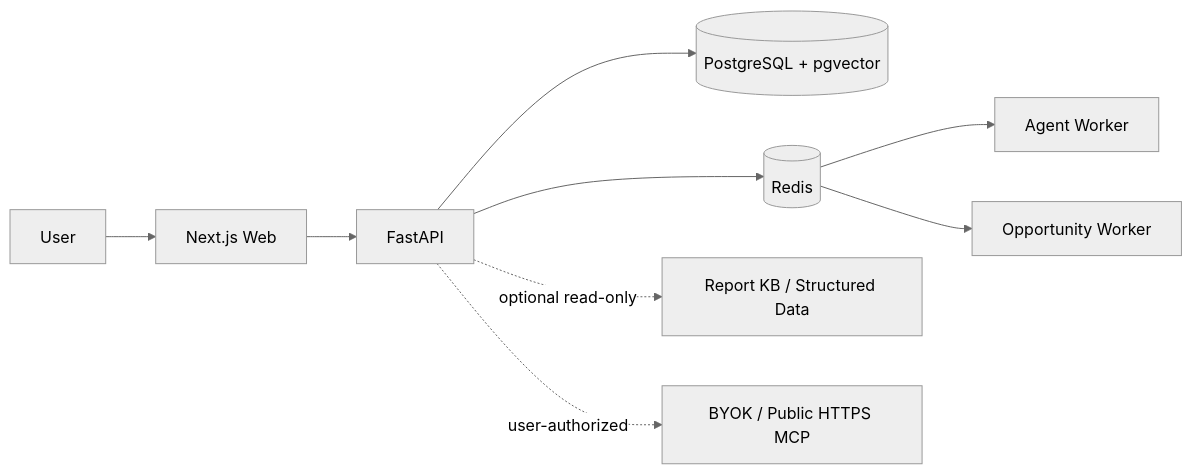
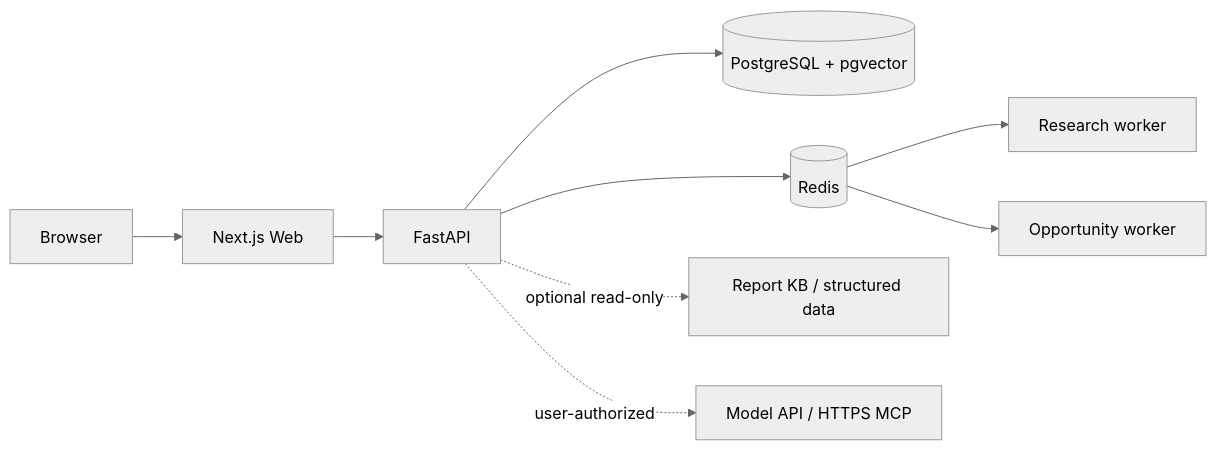
Before and after one commit to fretelli/AIWendy: the diagram in README.md, drawn with Mermaid (neutral theme). The commit also changed other lines of this file and 176 other files, not shown here.

````diff
--- a/README.md
+++ b/README.md
@@ -121,11 +28,11 @@
 ```mermaid
 flowchart LR
-  U[User] --> W[Next.js Web]
+  U[Browser] --> W[Next.js Web]
   W --> A[FastAPI]
   A --> P[(PostgreSQL + pgvector)]
   A --> R[(Redis)]
-  R --> AW[Agent Worker]
-  R --> OW[Opportunity Worker]
-  A -. optional read-only .-> KB[Report KB / Structured Data]
-  A -. user-authorized .-> M[BYOK / Public HTTPS MCP]
+  R --> RW[Research worker]
+  R --> OW[Opportunity worker]
+  A -. optional read-only .-> D[Report KB / structured data]
+  A -. user-authorized .-> M[Model API / HTTPS MCP]
 ```
````
